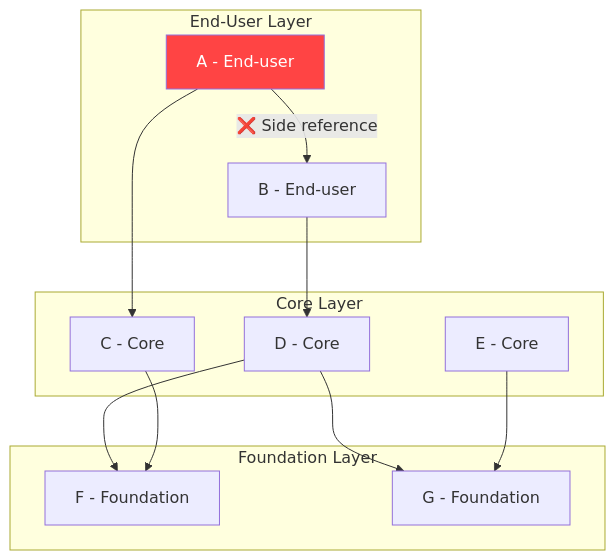
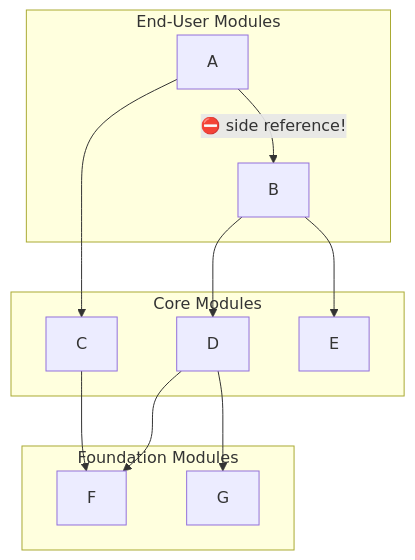
Before and after one commit to kckworld/outsystems_study: the third of 4 diagrams in Architecture Specialist (O11)/03_Chapter4_Validating_Architecture.md, drawn with Mermaid. The commit also changed other lines of this file and 5 other files, not shown here.

````diff
--- a/Architecture Specialist (O11)/03_Chapter4_Validating_Architecture.md
+++ b/Architecture Specialist (O11)/03_Chapter4_Validating_Architecture.md
@@ -80,26 +93,22 @@
 ```mermaid
 graph TD
-  subgraph End-User Layer
-    A[A - End-user]
-    Bmod[B - End-user]
+  subgraph EU_L["End-User Modules"]
+    A["A"]
+    B["B"]
   end
-  subgraph Core Layer
-    C[C - Core]
-    D[D - Core]
-    Emod[E - Core]
+  subgraph Core_L["Core Modules"]
+    C["C"]
+    D["D"]
+    E_["E"]
   end
-  subgraph Foundation Layer
-    F[F - Foundation]
-    G[G - Foundation]
+  subgraph Found_L["Foundation Modules"]
+    F["F"]
+    G["G"]
   end
 
-  A -->|❌ Side reference| Bmod
-  Bmod --> D
-  D --> F
-  D --> G
-  Emod --> G
+  A -->|"⛔ side reference!"| B
+  B --> D & E_
+  D --> F & G
   A --> C
   C --> F
-
-  style A fill:#ff4444,color:#fff
 ```
````
